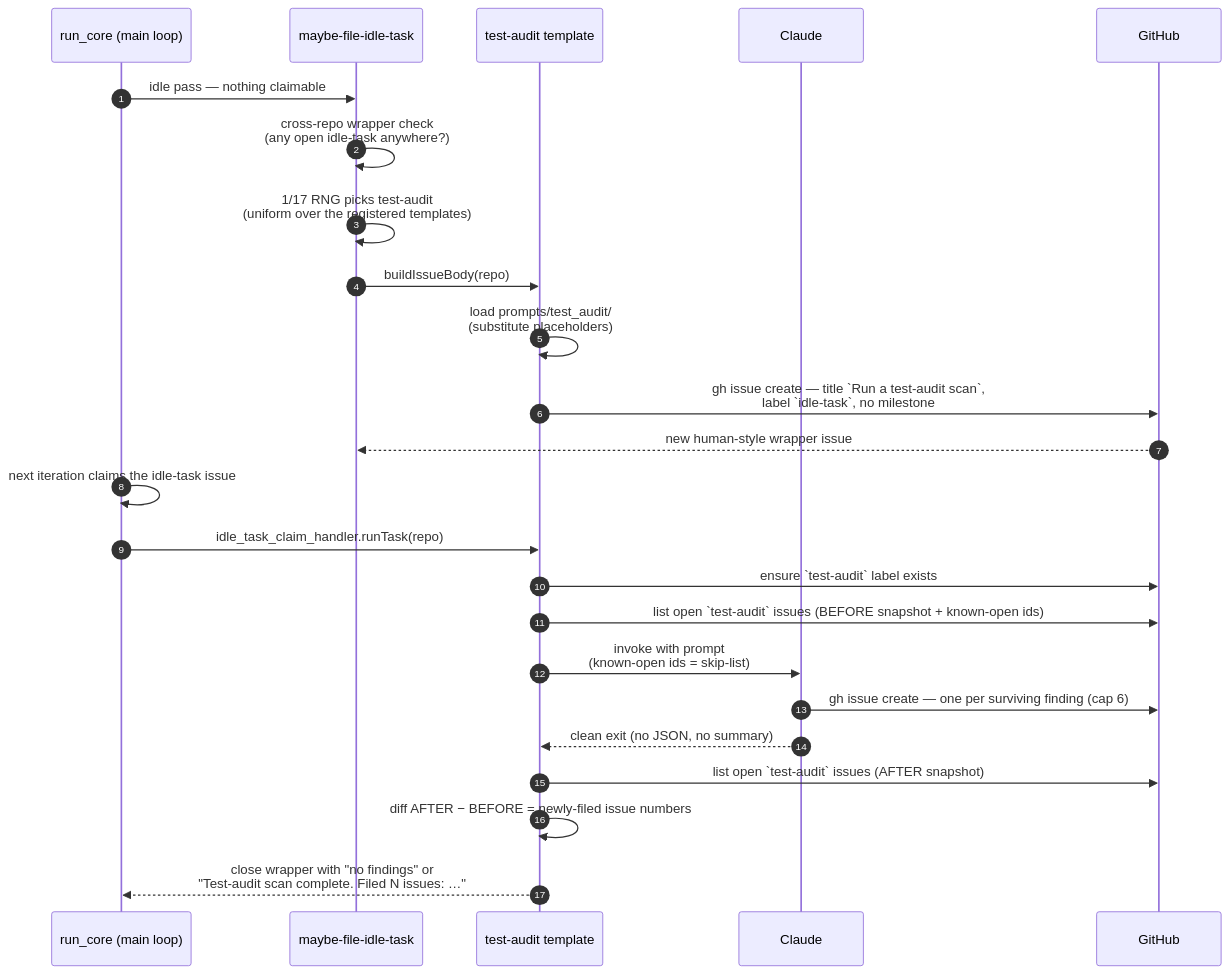
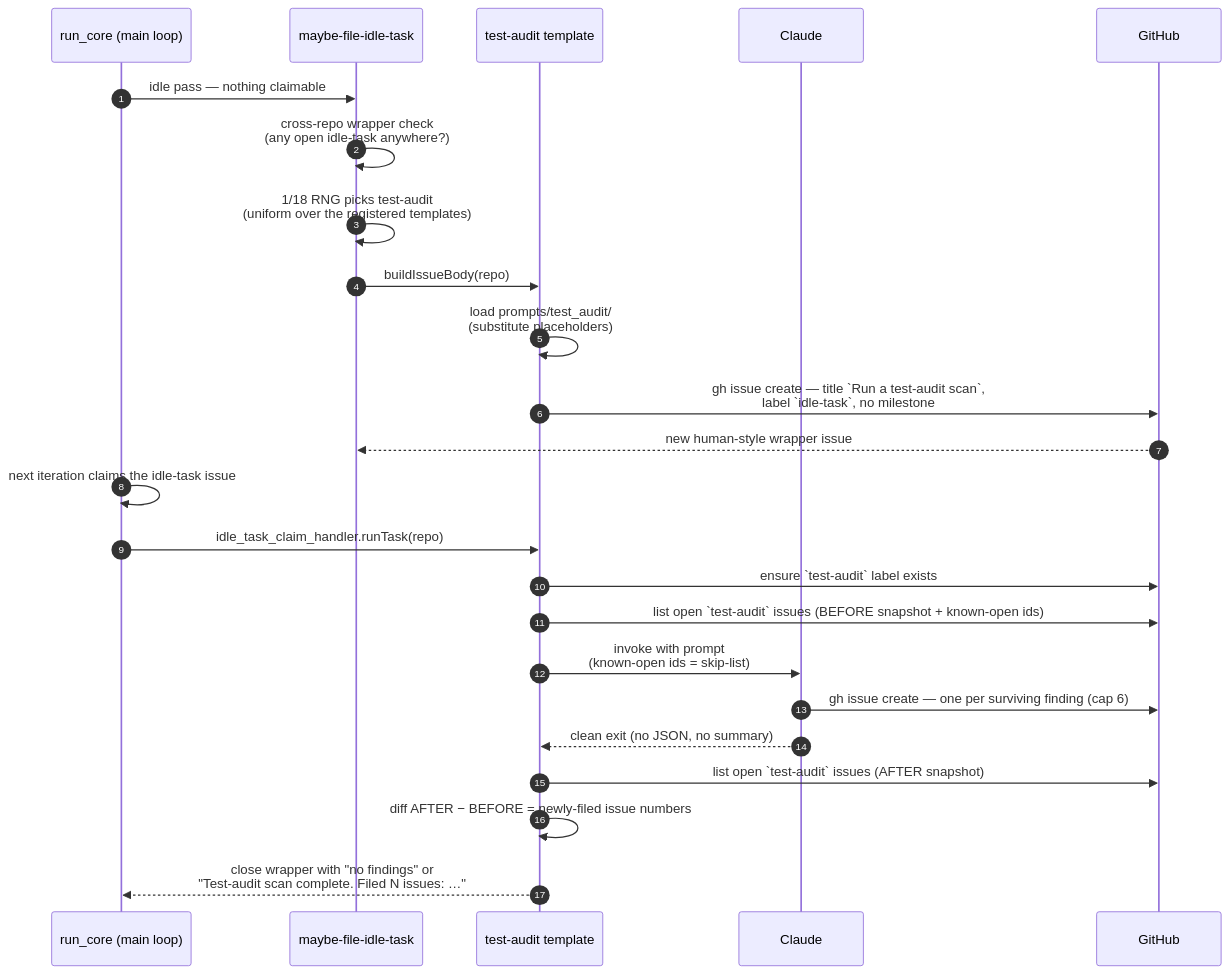
The first of 2 diagrams in docs/TEST-AUDIT-SCAN.md (stSoftwareAU/VibeCoder), drawn with Mermaid before and after one commit. The commit also changed other lines of this file and 11 other files, not shown here.

````diff
--- a/docs/TEST-AUDIT-SCAN.md
+++ b/docs/TEST-AUDIT-SCAN.md
@@ -161,27 +161,27 @@
 ```mermaid
 sequenceDiagram
     autonumber
     participant Main as run_core (main loop)
     participant Filer as maybe-file-idle-task
     participant Template as test-audit template
     participant Claude
     participant GH as GitHub
 
     Main->>Filer: idle pass — nothing claimable
     Filer->>Filer: cross-repo wrapper check<br/>(any open idle-task anywhere?)
-    Filer->>Filer: 1/17 RNG picks test-audit<br/>(uniform over the registered templates)
+    Filer->>Filer: 1/18 RNG picks test-audit<br/>(uniform over the registered templates)
     Filer->>Template: buildIssueBody(repo)
     Template->>Template: load prompts/test_audit/<br/>(substitute placeholders)
     Template->>GH: gh issue create — title `Run a test-audit scan`,<br/>label `idle-task`, no milestone
     GH-->>Filer: new human-style wrapper issue
     Main->>Main: next iteration claims the idle-task issue
     Main->>Template: idle_task_claim_handler.runTask(repo)
     Template->>GH: ensure `test-audit` label exists
     Template->>GH: list open `test-audit` issues (BEFORE snapshot + known-open ids)
     Template->>Claude: invoke with prompt<br/>(known-open ids = skip-list)
     Claude->>GH: gh issue create — one per surviving finding (cap 6)
     Claude-->>Template: clean exit (no JSON, no summary)
     Template->>GH: list open `test-audit` issues (AFTER snapshot)
     Template->>Template: diff AFTER − BEFORE = newly-filed issue numbers
     Template-->>Main: close wrapper with "no findings" or<br/>"Test-audit scan complete. Filed N issues: …"
 ```
````
